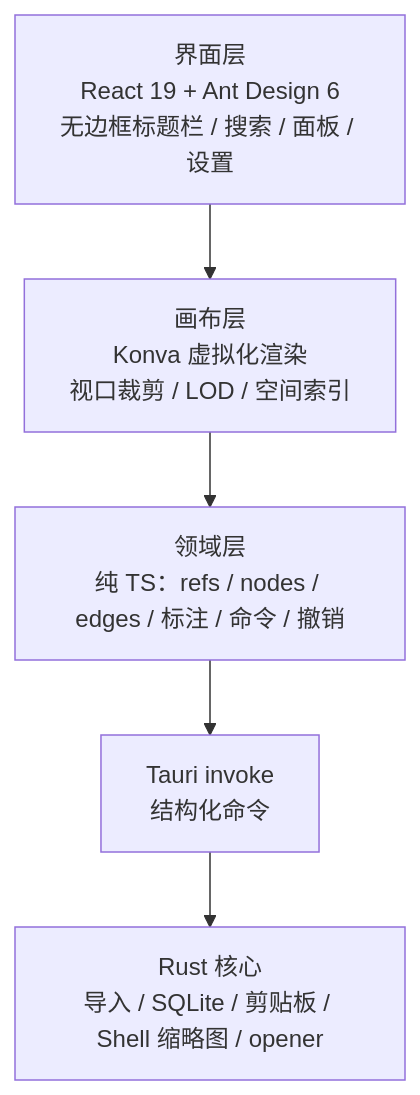
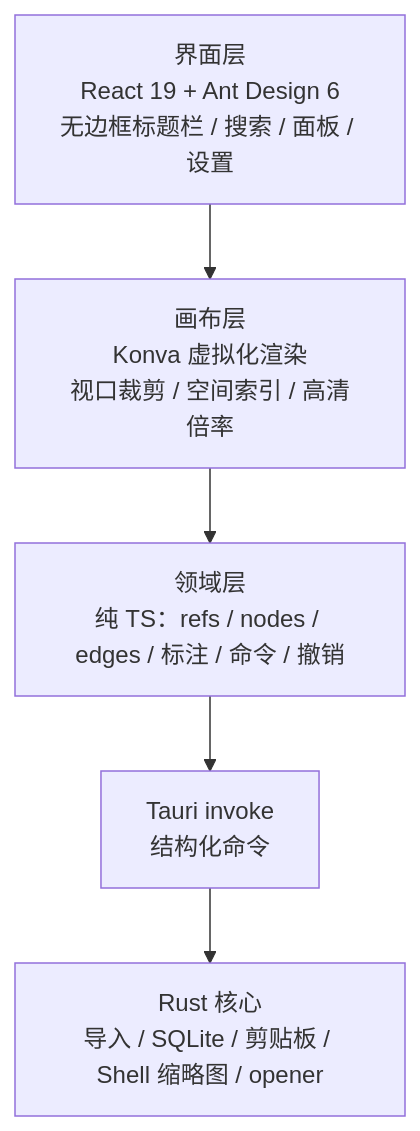
Before and after one commit to ht-sauce/ploceusTidy: the second of 2 diagrams in docs/spec/00-overview.md, drawn with Mermaid. The commit also changed other lines of this file and 16 other files, not shown here.

````diff
--- a/docs/spec/00-overview.md
+++ b/docs/spec/00-overview.md
@@ -36,7 +36,7 @@
 ```mermaid
 flowchart TB
-    UI[界面层<br/>React 19 + Ant Design 6<br/>无边框标题栏 / 搜索 / 面板 / 设置] --> CANVAS[画布层<br/>Konva 虚拟化渲染<br/>视口裁剪 / LOD / 空间索引]
+    UI[界面层<br/>React 19 + Ant Design 6<br/>无边框标题栏 / 搜索 / 面板 / 设置] --> CANVAS[画布层<br/>Konva 虚拟化渲染<br/>视口裁剪 / 空间索引 / 高清倍率]
     CANVAS --> DOMAIN[领域层<br/>纯 TS：refs / nodes / edges / 标注 / 命令 / 撤销]
     DOMAIN --> IPC[Tauri invoke<br/>结构化命令]
     IPC --> CORE[Rust 核心<br/>导入 / SQLite / 剪贴板 / Shell 缩略图 / opener]
 ```
````
